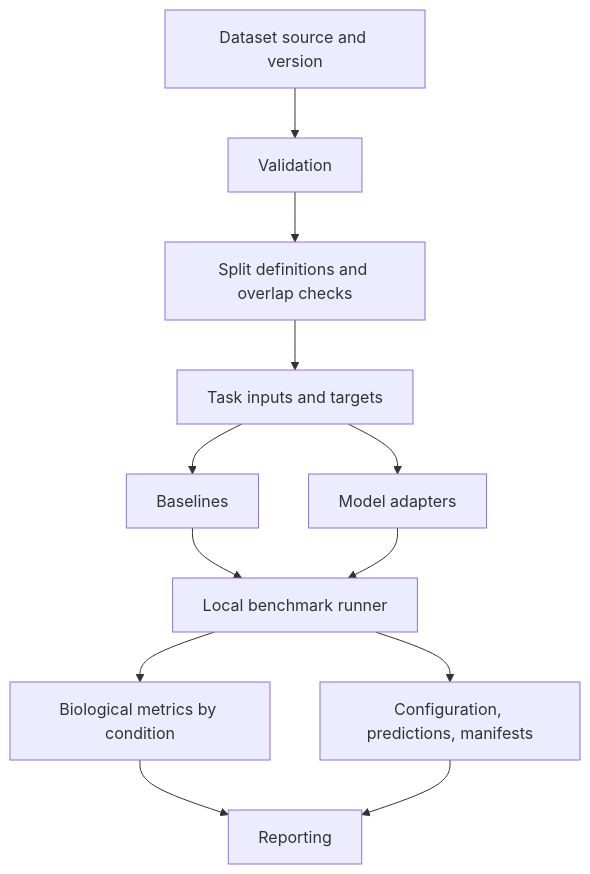
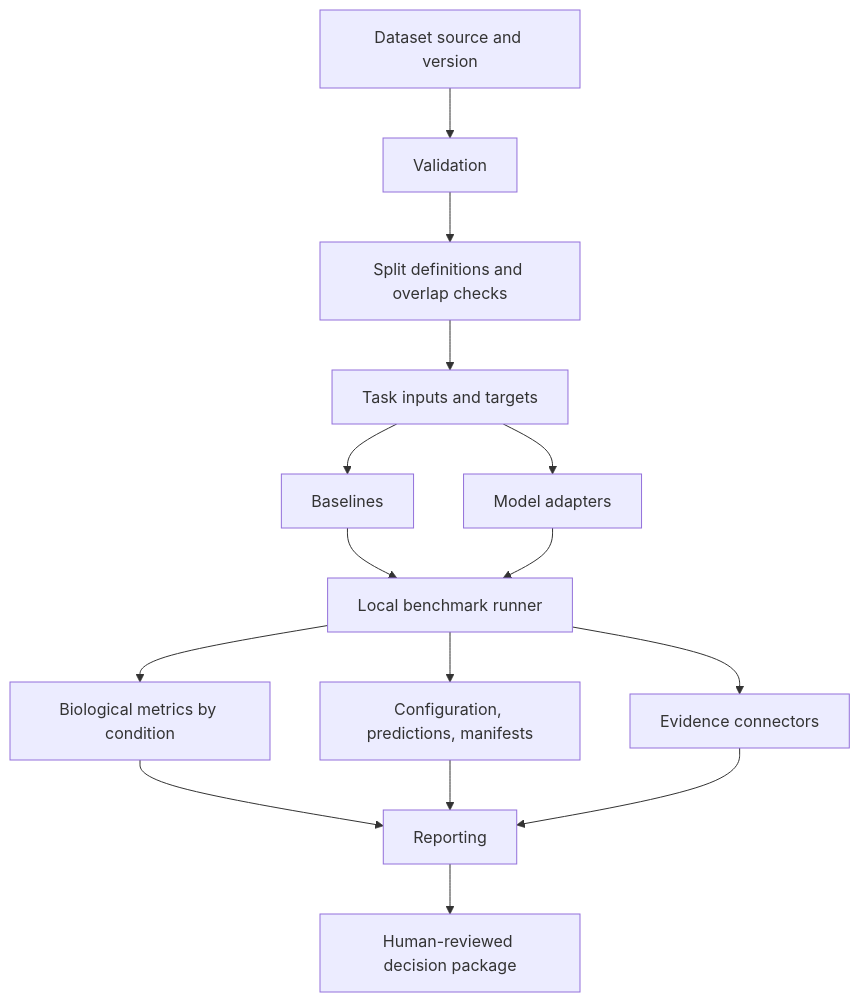
The diagram in docs/architecture.md (srikarjy/CellForge), drawn with Mermaid before and after one commit. The commit also changed other lines of this file and 70 other files, not shown here.

````diff
--- a/docs/architecture.md
+++ b/docs/architecture.md
@@ -5,14 +5,17 @@
 ```mermaid
 flowchart TD
     D[Dataset source and version] --> V[Validation]
     V --> S[Split definitions and overlap checks]
     S --> T[Task inputs and targets]
     T --> B[Baselines]
     T --> A[Model adapters]
     B --> R[Local benchmark runner]
     A --> R
     R --> M[Biological metrics by condition]
     M --> P[Reporting]
     R --> F[Configuration, predictions, manifests]
     F --> P
+    R --> E[Evidence connectors]
+    E --> P
+    P --> H[Human-reviewed decision package]
 ```
````
